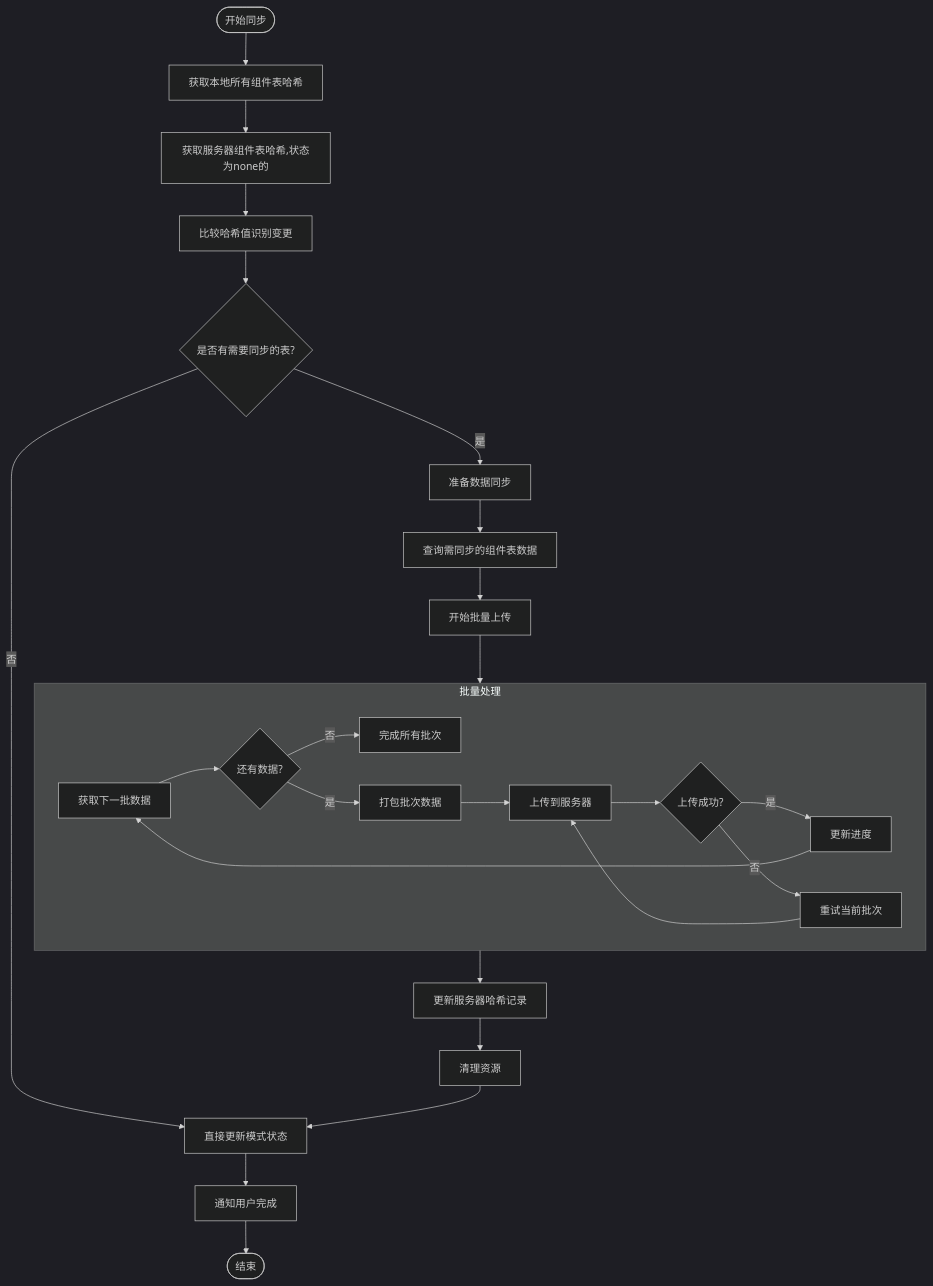
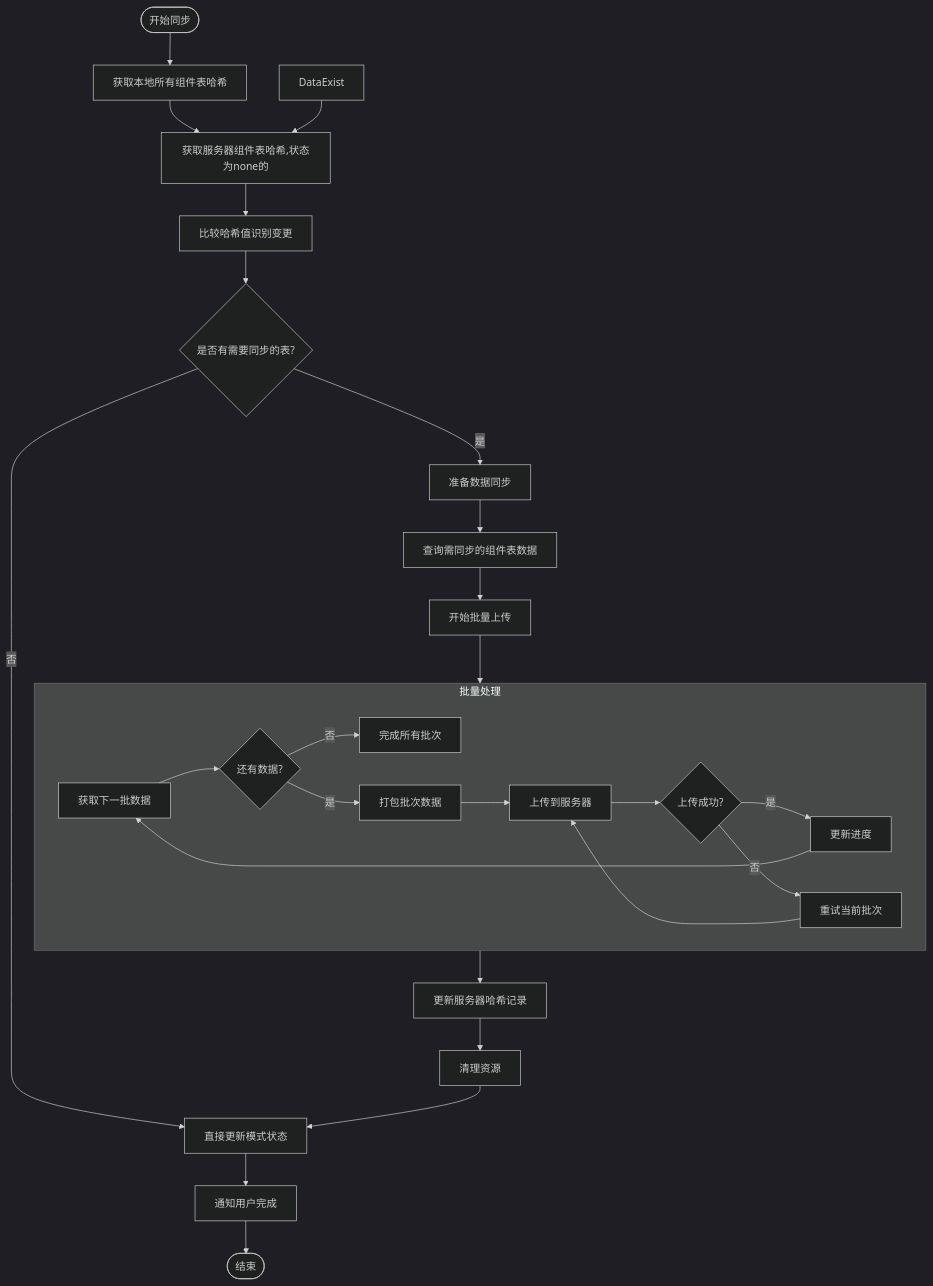
Before and after one commit to yingjianzh/iodraw-files: the diagram in all/未命名-51.md, drawn with Mermaid (dark theme).

Commit message:
2025-05-08 16:51:08 update

````diff
--- a/all/未命名-51.md
+++ b/all/未命名-51.md
@@ -1,34 +1,34 @@
 ```mermaid
 flowchart TD
     Start([开始同步]) --> FetchLocalHashes[获取本地所有组件表哈希]
     FetchLocalHashes --> FetchServerHashes[获取服务器组件表哈希,状态为none的]
-    
+    DataExist -->
     FetchServerHashes --> CompareHashes[比较哈希值识别变更]
     
     CompareHashes --> NeedSync{是否有需要同步的表?}
     NeedSync -->|否| UpdateMode[直接更新模式状态]
     NeedSync -->|是| PrepareSync[准备数据同步]
     
     PrepareSync --> QueryChangedData[查询需同步的组件表数据]
     QueryChangedData --> BeginBatchUpload[开始批量上传]
     
     subgraph BatchProcess [批量处理]
         A[获取下一批数据] --> B{还有数据?}
         B -->|否| ExitLoop[完成所有批次]
         B -->|是| C[打包批次数据]
         C --> D[上传到服务器]
         D --> E{上传成功?}
         E -->|是| F[更新进度]
         E -->|否| G[重试当前批次]
         G --> D
         F --> A
     end
     
     BeginBatchUpload --> BatchProcess
     BatchProcess --> UpdateHashes[更新服务器哈希记录]
     UpdateHashes --> CleanupResources[清理资源]
     CleanupResources --> UpdateMode
     
     UpdateMode --> NotifyCompletion[通知用户完成]
     NotifyCompletion --> End([结束])
 ```
````
